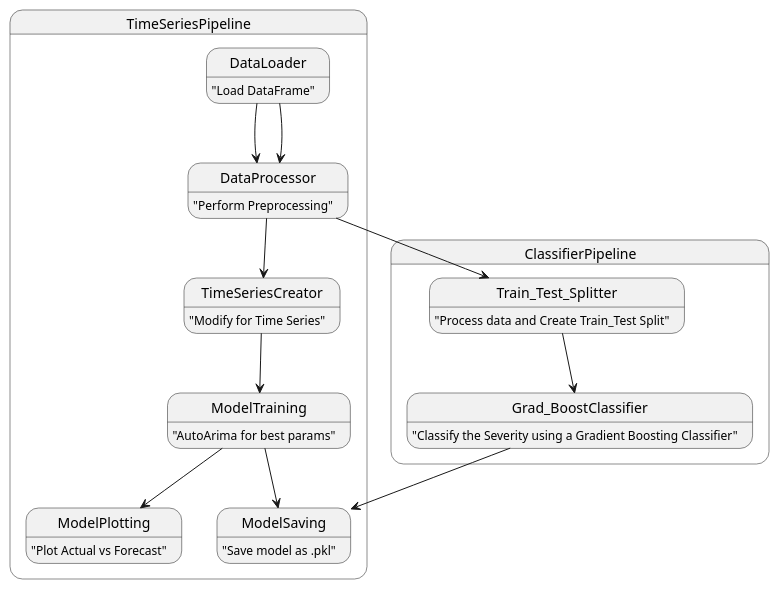
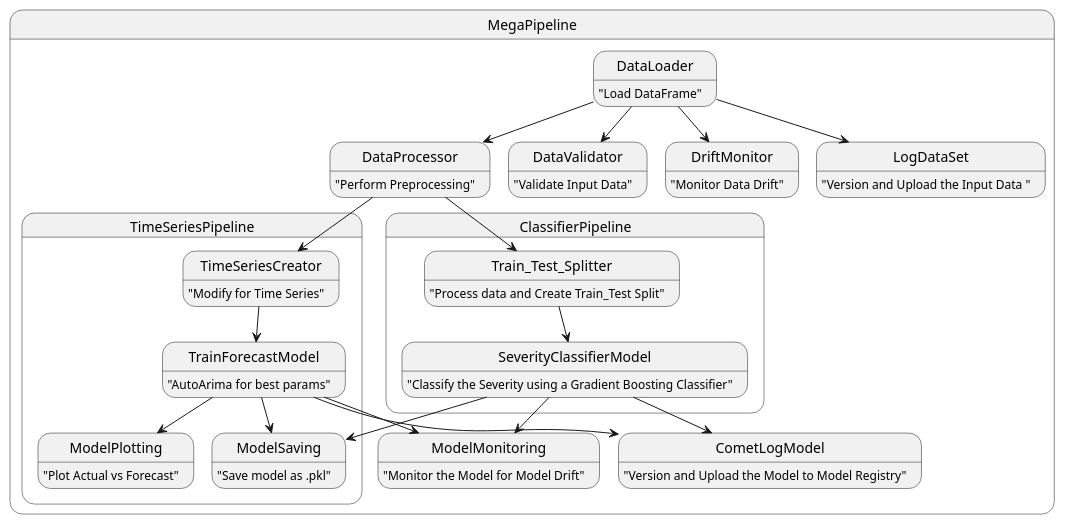
One commit to fdevi3-mle/french-road-accidents changed the diagram in architecture/ZenMLFlow.puml. Above: the diagram before and after it, drawn with PlantUML.

```diff
--- a/architecture/ZenMLFlow.puml
+++ b/architecture/ZenMLFlow.puml
@@ -1,31 +1,46 @@
 @startuml
 'https://plantuml.com/state-diagram
+state MegaPipeline{
+ DataLoader --> DataProcessor
+  DataLoader --> DataValidator
+  DataLoader --> DriftMonitor
+  DataLoader --> LogDataSet
+
+  state TimeSeriesPipeline {
+     DataProcessor --> TimeSeriesCreator
+     TimeSeriesCreator --> TrainForecastModel
+     TrainForecastModel --> ModelSaving
+     TrainForecastModel --> ModelPlotting
+
+  }
+   state ClassifierPipeline{
+     DataProcessor --> Train_Test_Splitter
+     Train_Test_Splitter -->SeverityClassifierModel
+     SeverityClassifierModel-->ModelSaving
+
+  }
+
+  TrainForecastModel --> ModelMonitoring
+  TrainForecastModel --> CometLogModel
+  SeverityClassifierModel --> ModelMonitoring
+  SeverityClassifierModel --> CometLogModel
+}
 
 
-  state TimeSeriesPipeline {
-     DataLoader --> DataProcessor
-     DataProcessor --> TimeSeriesCreator
-     TimeSeriesCreator --> ModelTraining
-     ModelTraining --> ModelSaving
-     ModelTraining --> ModelPlotting
-  }
   state DataLoader : "Load DataFrame"
   state DataProcessor : "Perform Preprocessing"
   state TimeSeriesCreator: "Modify for Time Series"
-  state ModelTraining : "AutoArima for best params"
+  state TrainForecastModel : "AutoArima for best params"
   state ModelPlotting :"Plot Actual vs Forecast"
   state ModelSaving : "Save model as .pkl"
-
-  state ClassifierPipeline{
-     DataLoader --> DataProcessor
-     DataProcessor --> Train_Test_Splitter
-     Train_Test_Splitter -->Grad_BoostClassifier
-     Grad_BoostClassifier-->ModelSaving
-  }
+  state DataValidator: "Validate Input Data"
+  state DriftMonitor: "Monitor Data Drift"
+  state LogDataSet: "Version and Upload the Input Data "
   state Train_Test_Splitter: "Process data and Create Train_Test Split"
-  state Grad_BoostClassifier: "Classify the Severity using a Gradient Boosting Classifier"
-
+  state SeverityClassifierModel: "Classify the Severity using a Gradient Boosting Classifier"
+  state ModelMonitoring : "Monitor the Model for Model Drift"
+  state CometLogModel :"Version and Upload the Model to Model Registry"
 
 
 
 @enduml
```
